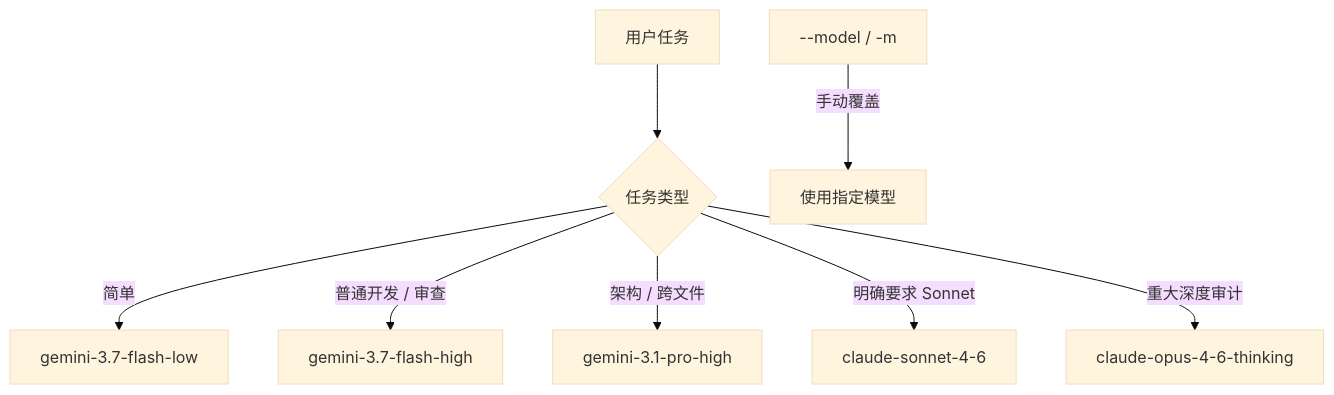
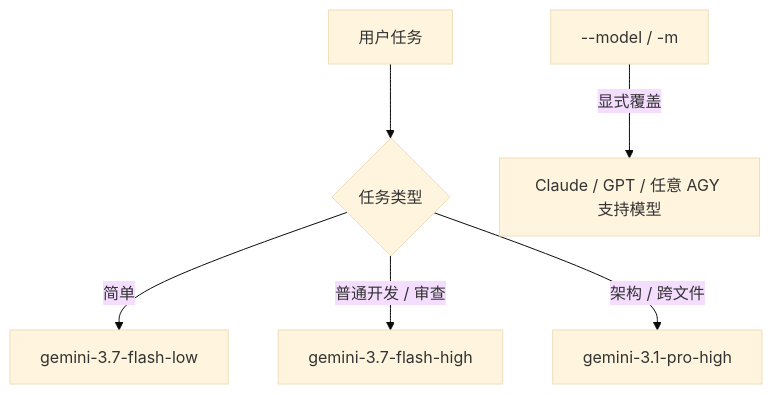
The second of 3 diagrams in README_CN.md (qiufeng662/AgySafe), drawn with Mermaid (base theme) before and after one commit. The commit also changed other lines of this file and 16 other files, not shown here.

````diff
--- a/README_CN.md
+++ b/README_CN.md
@@ -230,10 +230,8 @@
 ```mermaid
 flowchart TD
     T["用户任务"] --> D{"任务类型"}
     D -->|简单| L["gemini-3.7-flash-low"]
     D -->|普通开发 / 审查| H["gemini-3.7-flash-high"]
     D -->|架构 / 跨文件| P["gemini-3.1-pro-high"]
-    D -->|明确要求 Sonnet| S["claude-sonnet-4-6"]
-    D -->|重大深度审计| O["claude-opus-4-6-thinking"]
-    M["--model / -m"] -->|手动覆盖| X["使用指定模型"]
+    M["--model / -m"] -->|显式覆盖| X["Claude / GPT / 任意 AGY 支持模型"]
 ```
````
